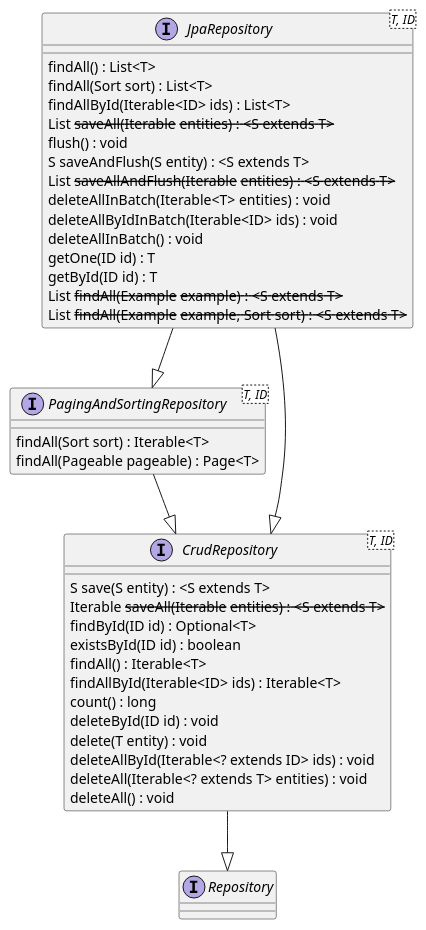
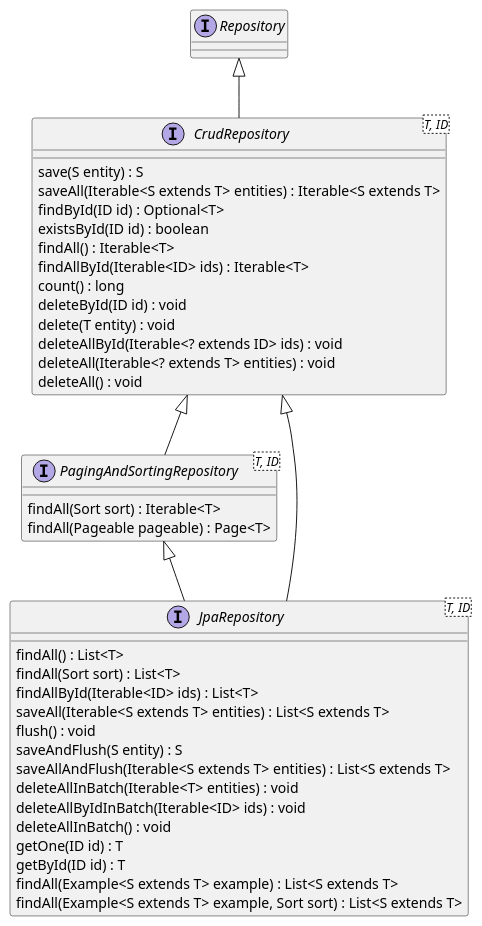
The diagram in diagram/common-interface-diagram.plantuml (lcalmsky/spring-data-jpa), drawn with PlantUML before and after one commit.

```diff
--- a/diagram/common-interface-diagram.plantuml
+++ b/diagram/common-interface-diagram.plantuml
@@ -1,43 +1,42 @@
 @startuml
 interface Repository
 interface CrudRepository<T, ID> {
-    S save(S entity) : <S extends T>
-    Iterable<S> saveAll(Iterable<S> entities) : <S extends T>
+    save(S entity) : S
+    saveAll(Iterable<S extends T> entities) : Iterable<S extends T>
     findById(ID id) : Optional<T>
     existsById(ID id) : boolean
     findAll() : Iterable<T>
     findAllById(Iterable<ID> ids) : Iterable<T>
     count() : long
     deleteById(ID id) : void
     delete(T entity) : void
     deleteAllById(Iterable<? extends ID> ids) : void
     deleteAll(Iterable<? extends T> entities) : void
     deleteAll() : void
 }
 interface PagingAndSortingRepository<T, ID> {
     findAll(Sort sort) : Iterable<T>
     findAll(Pageable pageable) : Page<T>
 }
 interface JpaRepository<T, ID> {
     findAll() : List<T>
     findAll(Sort sort) : List<T>
     findAllById(Iterable<ID> ids) : List<T>
-    List<S> saveAll(Iterable<S> entities) : <S extends T>
+    saveAll(Iterable<S extends T> entities) : List<S extends T>
     flush() : void
-    S saveAndFlush(S entity) : <S extends T>
-    List<S> saveAllAndFlush(Iterable<S> entities) : <S extends T>
+    saveAndFlush(S entity) : S
+    saveAllAndFlush(Iterable<S extends T> entities) : List<S extends T>
     deleteAllInBatch(Iterable<T> entities) : void
     deleteAllByIdInBatch(Iterable<ID> ids) : void
     deleteAllInBatch() : void
     getOne(ID id) : T
     getById(ID id) : T
-    List<S> findAll(Example<S> example) : <S extends T>
-    List<S> findAll(Example<S> example, Sort sort) : <S extends T>
+    findAll(Example<S extends T> example) : List<S extends T>
+    findAll(Example<S extends T> example, Sort sort) : List<S extends T>
 }
 
-Repository <|-up- CrudRepository
-CrudRepository <|-up- PagingAndSortingRepository
-JpaRepository --|> CrudRepository
-JpaRepository --|> PagingAndSortingRepository
-
+Repository <|-down- CrudRepository
+CrudRepository <|-down- PagingAndSortingRepository
+JpaRepository -up-|> CrudRepository
+JpaRepository -up-|> PagingAndSortingRepository
 @enduml
```
